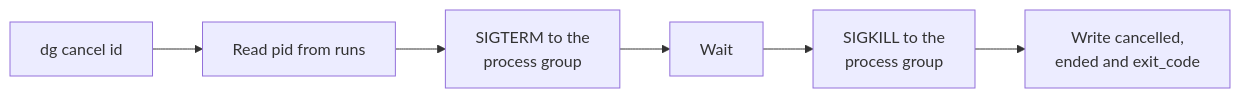
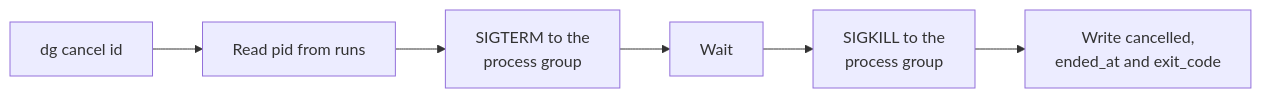
The third of 3 diagrams in docs/RUN_CONTROL.md (alcubie/delegator), drawn with Mermaid before and after one commit. The commit also changed other lines of this file and 1 other file, not shown here.

First line of the commit message:
Name the time columns of runs started_at and ended_at

````diff
--- a/docs/RUN_CONTROL.md
+++ b/docs/RUN_CONTROL.md
@@ -333,8 +333,8 @@
 ```mermaid
 flowchart LR
     C["dg cancel id"] --> P["Read pid from runs"]
     P --> T["SIGTERM to the<br>process group"]
     T --> W["Wait"]
     W --> K["SIGKILL to the<br>process group"]
-    K --> S["Write cancelled,<br>ended and exit_code"]
+    K --> S["Write cancelled,<br>ended_at and exit_code"]
 ```
````
